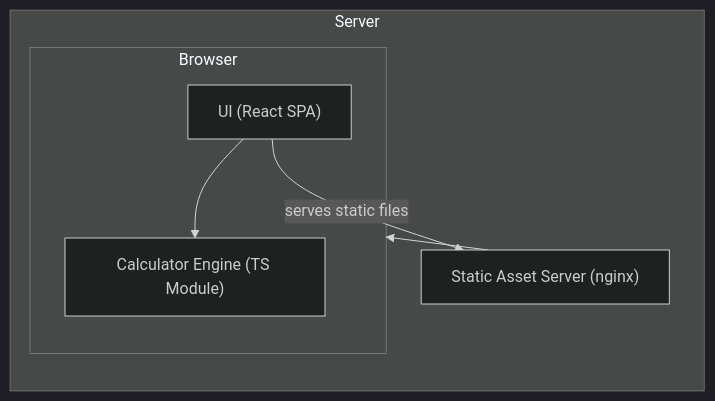
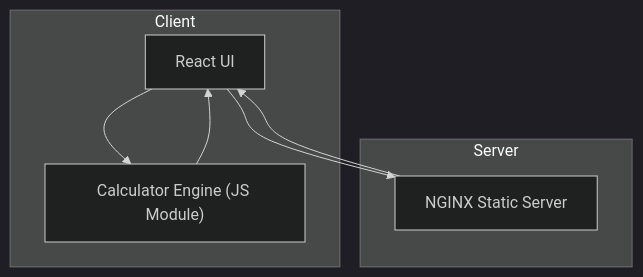
The diagram in generated-projects/simplecalculator/docs/agents/architect-mission.md (ErezKon/AgenticDevTeam), drawn with Mermaid (dark theme) before and after one commit. The commit also changed other lines of this file, not shown here.

Commit message:
[simplecalculator]-docs: architect mission report

````diff
--- a/generated-projects/simplecalculator/docs/agents/architect-mission.md
+++ b/generated-projects/simplecalculator/docs/agents/architect-mission.md
@@ -37,10 +35,14 @@
 ```mermaid
-flowchart LR
-    subgraph Browser
-        UI["UI (React SPA)"] --> Engine["Calculator Engine (TS Module)"]
+graph TD
+    subgraph Client
+        UI["React UI"]
+        Engine["Calculator Engine (JS Module)"]
     end
     subgraph Server
-        Nginx["Static Asset Server (nginx)"] --> Browser
+        Nginx["NGINX Static Server"]
     end
-    UI -->|serves static files| Nginx
+    UI --> Engine
+    Engine --> UI
+    UI --> Nginx
+    Nginx --> UI
 ```
````
